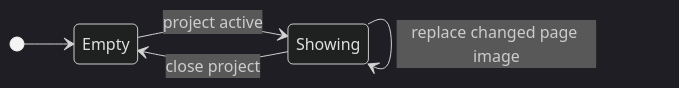
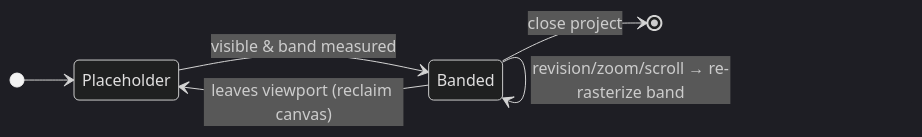
Before and after one commit to andmoreduro/ergo: the fourth of 5 diagrams in context/state-diagrams.md, drawn with Mermaid (dark theme). The commit also changed other lines of this file and 58 other files, not shown here.

````diff
--- a/context/state-diagrams.md
+++ b/context/state-diagrams.md
@@ -52,8 +52,9 @@
 ```mermaid
 stateDiagram-v2
     direction LR
-    [*] --> Empty
-    Empty --> Showing : project active
-    Showing --> Showing : replace changed page image
-    Showing --> Empty : close project
+    [*] --> Placeholder
+    Placeholder --> Banded : visible & band measured
+    Banded --> Banded : revision/zoom/scroll → re-rasterize band
+    Banded --> Placeholder : leaves viewport (reclaim canvas)
+    Banded --> [*] : close project
 ```
````
